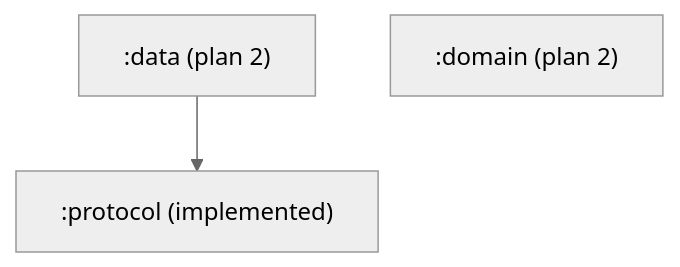
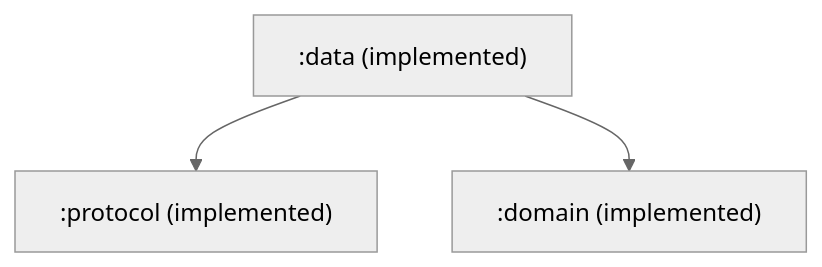
The diagram in ARCHITECTURE.md (dgmltn/Dpad), drawn with Mermaid (neutral theme) before and after one commit. The commit also changed other lines of this file and 46 other files, not shown here.

First line of the commit message:
[data] Domain + data layer: models, repositories, DataStore persistence, protocol adapters, DI

````diff
--- a/ARCHITECTURE.md
+++ b/ARCHITECTURE.md
@@ -19,6 +19,7 @@
 ```mermaid
 graph TD
   protocol[":protocol (implemented)"]
-  data[":data (plan 2)"] --> protocol
-  domain[":domain (plan 2)"]
+  domain[":domain (implemented)"]
+  data[":data (implemented)"] --> protocol
+  data --> domain
 ```
````
